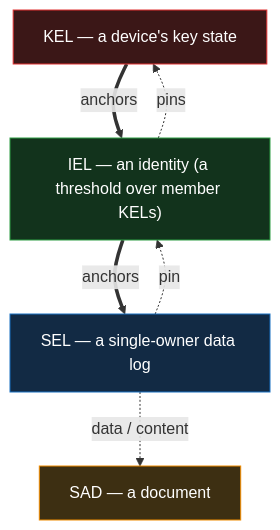
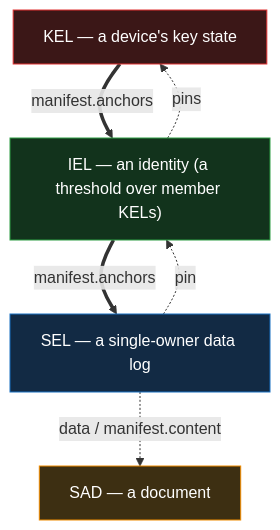
The second of 7 diagrams in docs/design/primitives/data/event-logs/event-shape.md (jasoncolburne/vdti), drawn with Mermaid before and after one commit. The commit also changed other lines of this file and 5 other files, not shown here.

````diff
--- a/docs/design/primitives/data/event-logs/event-shape.md
+++ b/docs/design/primitives/data/event-logs/event-shape.md
@@ -93,16 +93,16 @@
 ```mermaid
 flowchart TB
   kel["KEL — a device's key state"]:::kel
   iel["IEL — an identity (a threshold over member KELs)"]:::iel
   sel["SEL — a single-owner data log"]:::sel
   sad["SAD — a document"]:::doc
-  kel ==>|anchors| iel
-  iel ==>|anchors| sel
-  sel -.->|data / content| sad
+  kel ==>|manifest.anchors| iel
+  iel ==>|manifest.anchors| sel
+  sel -.->|data / manifest.content| sad
   sel -.->|pin| iel
   iel -.->|pins| kel
   classDef kel fill:#3b1717,stroke:#e03131,color:#fff
   classDef iel fill:#12331c,stroke:#2f9e44,color:#fff
   classDef sel fill:#122a44,stroke:#1971c2,color:#fff
   classDef doc fill:#3d2f12,stroke:#f08c00,color:#fff
 ```
````
